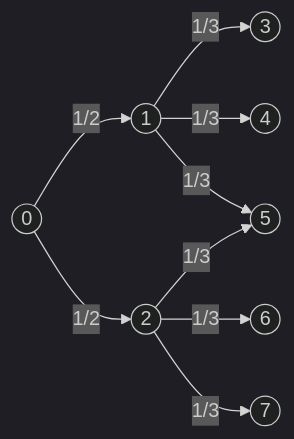
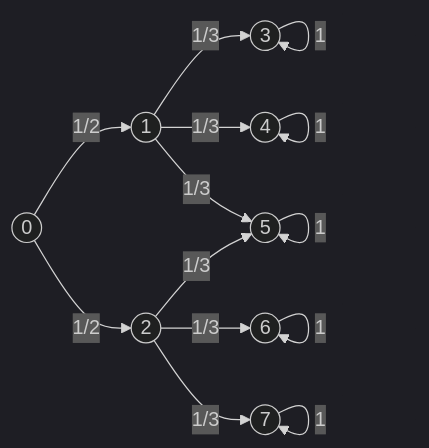
One commit to MoisesAdame/obsidian-notes changed the fourth of 4 diagrams in School/Quantum/Quantum Computing fot Computer Scientists/3. The Leap from Classical to Quantum.md. Above: the diagram before and after it, drawn with Mermaid (dark theme). The commit also changed other lines of this file, not shown here.

````diff
--- a/School/Quantum/Quantum Computing fot Computer Scientists/3. The Leap from Classical to Quantum.md
+++ b/School/Quantum/Quantum Computing fot Computer Scientists/3. The Leap from Classical to Quantum.md
@@ -144,20 +144,26 @@
 ```mermaid
 graph LR
 	A((0))
 	B((1))
 	C((2))
 	D((3))
 	E((4))
 	F((5))
 	G((6))
 	H((7))
 
 	A -- 1/2 --> B
 	A -- 1/2 --> C
 	B -- 1/3 --> D
 	B -- 1/3 --> E
 	B -- 1/3 --> F
 	C -- 1/3 --> F
 	C -- 1/3 --> G
 	C -- 1/3 --> H
+	D -- 1 --> D
+	E -- 1 --> E
+	F -- 1 --> F
+	G -- 1 --> G
+	H -- 1 --> H
+	
 ```
````
